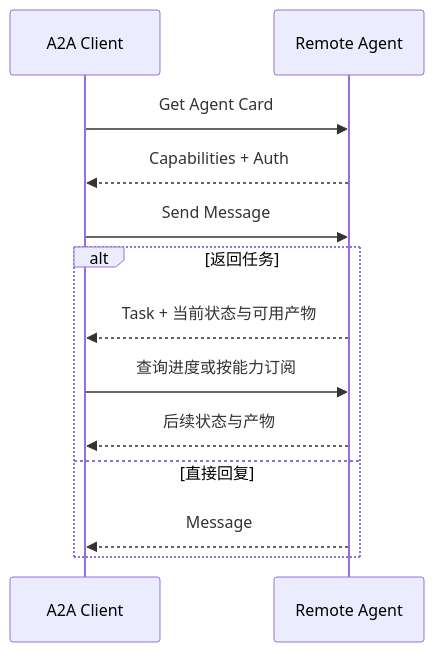
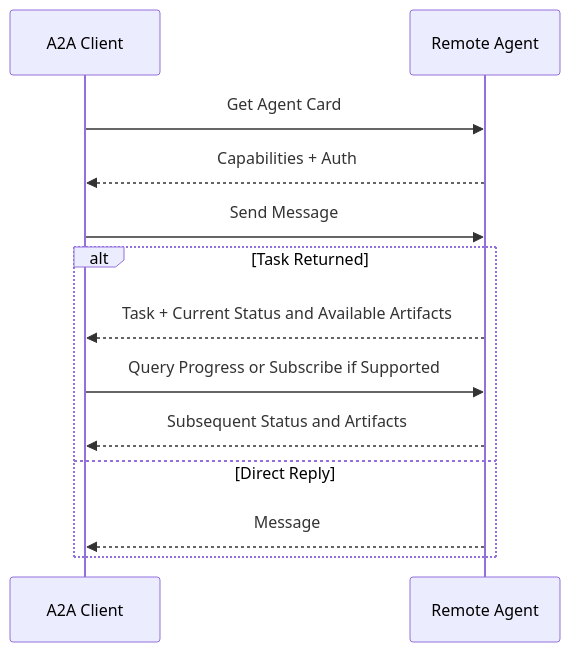
One commit to oneleaveknowsthefall/awesome-ai-roadmap changed diagram 19 of 24 in docs/agent/04-multi-agent/13-multi-agent-coordination.md. Above: the diagram before and after it, drawn with Mermaid. The commit also changed other lines of this file and 68 other files, not shown here.

````diff
--- a/docs/agent/04-multi-agent/13-multi-agent-coordination.md
+++ b/docs/agent/04-multi-agent/13-multi-agent-coordination.md
@@ -1035,16 +1043,16 @@
 ```mermaid
 sequenceDiagram
     participant C as A2A Client
     participant S as Remote Agent
 
     C->>S: Get Agent Card
     S-->>C: Capabilities + Auth
     C->>S: Send Message
-    alt 返回任务
-        S-->>C: Task + 当前状态与可用产物
-        C->>S: 查询进度或按能力订阅
-        S-->>C: 后续状态与产物
-    else 直接回复
+    alt Task Returned
+        S-->>C: Task + Current Status and Available Artifacts
+        C->>S: Query Progress or Subscribe if Supported
+        S-->>C: Subsequent Status and Artifacts
+    else Direct Reply
         S-->>C: Message
     end
 ```
````
